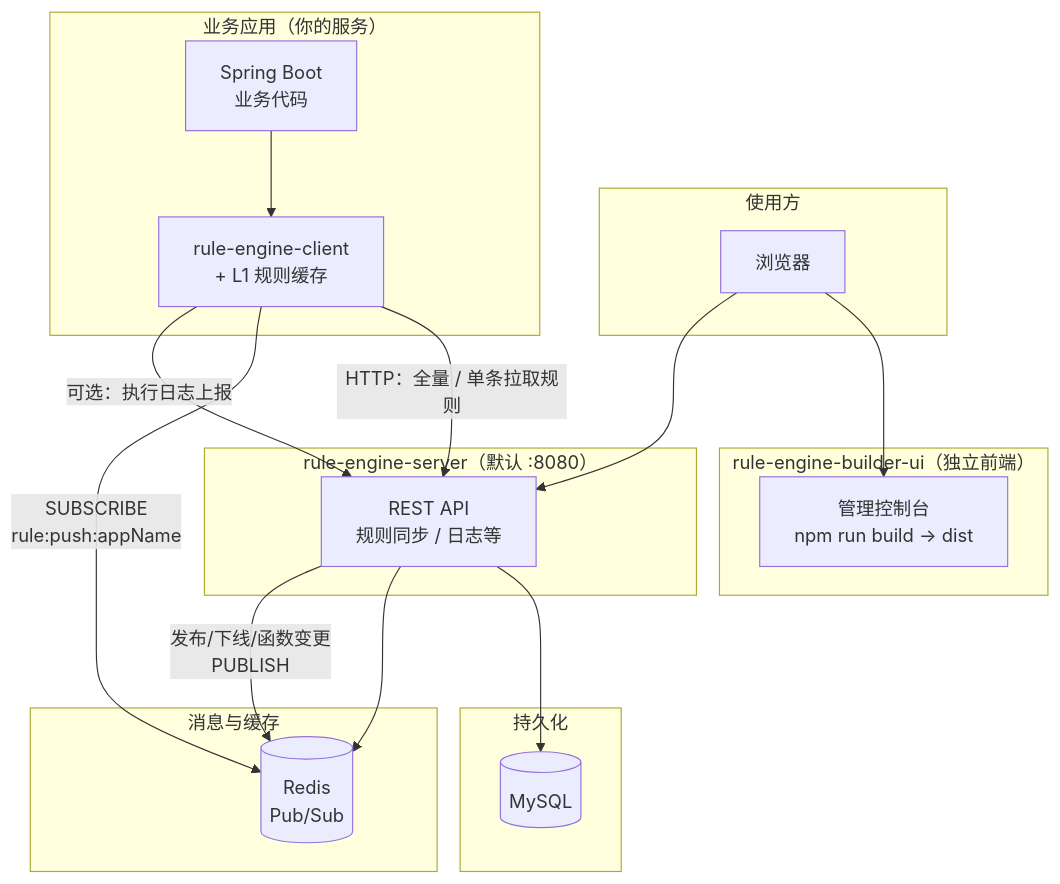
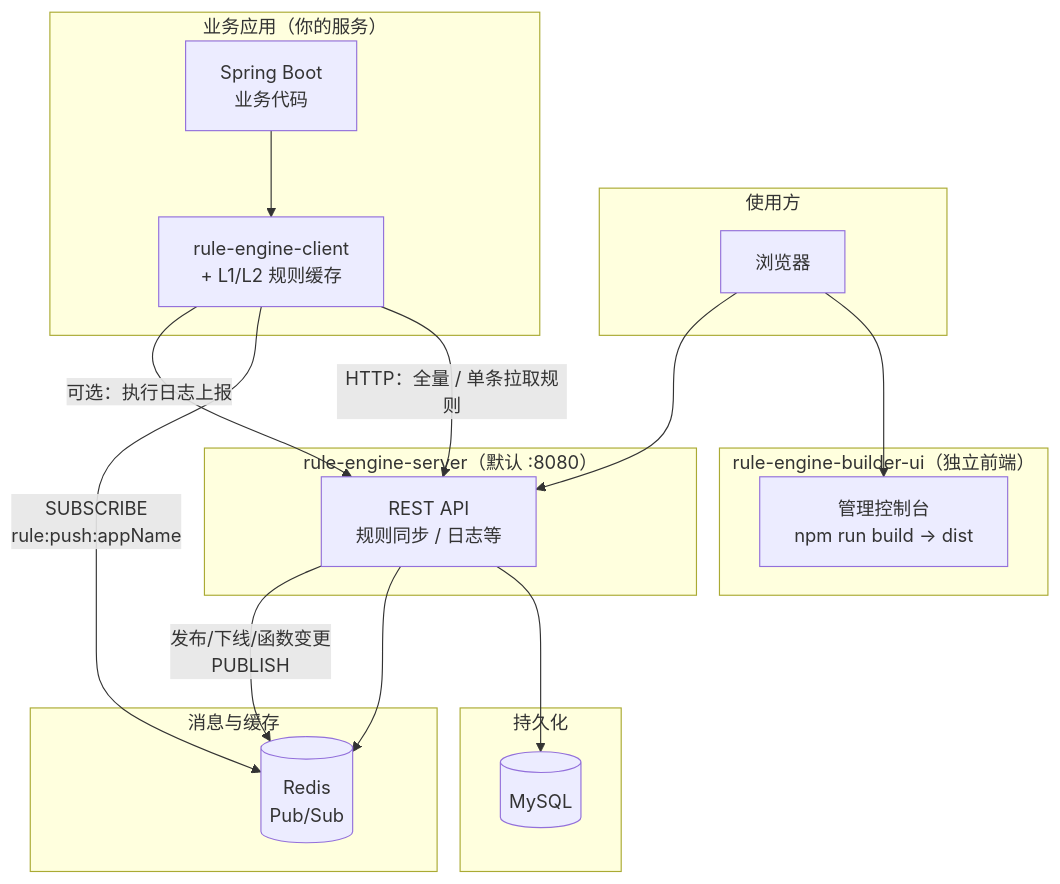
One commit to xiachongbu/qlexpress-rule changed the first of 2 diagrams in README.md. Above: the diagram before and after it, drawn with Mermaid. The commit also changed other lines of this file and 242 other files, not shown here.

First line of the commit message:
feat(flow): 扩展条件操作符支持并优化界面布局

````diff
--- a/README.md
+++ b/README.md
@@ -30,31 +30,31 @@
 ```mermaid
 flowchart TB
   subgraph User["使用方"]
     Browser["浏览器"]
   end
   subgraph Frontend["rule-engine-builder-ui（独立前端）"]
     UI["管理控制台\nnpm run build → dist"]
   end
   subgraph Server["rule-engine-server（默认 :8080）"]
     API["REST API\n规则同步 / 日志等"]
   end
   subgraph Store["持久化"]
     MySQL[("MySQL")]
   end
   subgraph Infra["消息与缓存"]
     Redis[("Redis\nPub/Sub")]
   end
   subgraph Biz["业务应用（你的服务）"]
     App["Spring Boot\n业务代码"]
-    SDK["rule-engine-client\n+ L1 规则缓存"]
+    SDK["rule-engine-client\n+ L1/L2 规则缓存"]
   end
   Browser --> UI
   Browser --> API
   API --> MySQL
   API --> Redis
   SDK -->|HTTP：全量 / 单条拉取规则| API
   SDK -->|SUBSCRIBE\nrule:push:appName| Redis
   API -->|发布/下线/函数变更\nPUBLISH| Redis
   SDK -->|可选：执行日志上报| API
   App --> SDK
 ```
````
